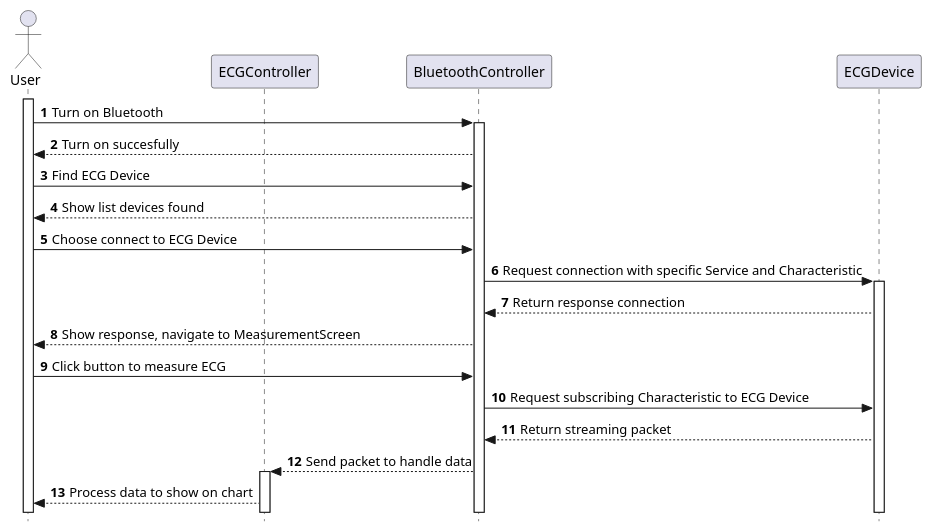
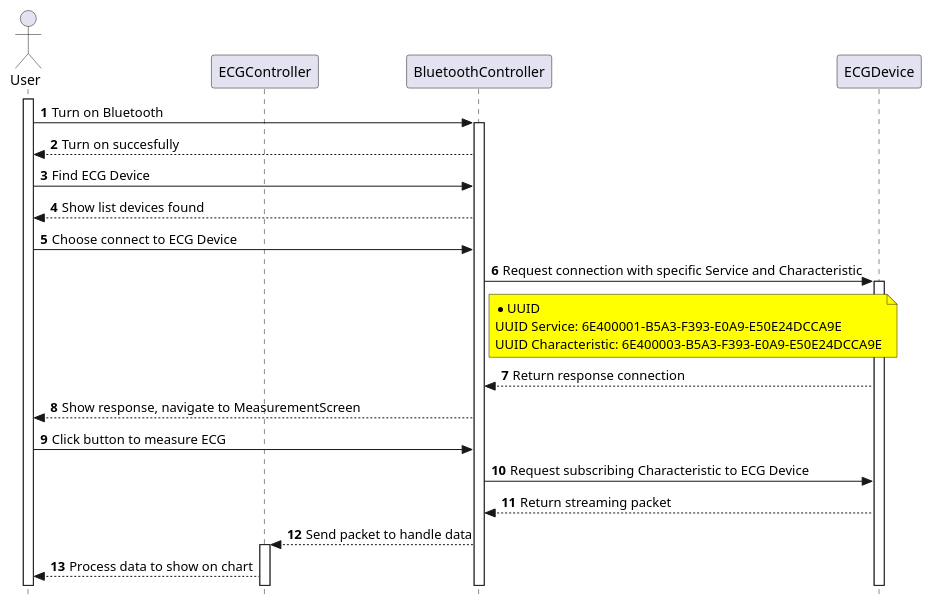
One commit to techcomrade/fmECG changed the diagram in diagram/sequence/mobile_app/design_connect_and_receive_ECG_data.pu. Above: the diagram before and after it, drawn with PlantUML. The commit also changed 14 other files, not shown here.

```diff
--- a/diagram/sequence/mobile_app/design_connect_and_receive_ECG_data.pu
+++ b/diagram/sequence/mobile_app/design_connect_and_receive_ECG_data.pu
@@ -2,43 +2,48 @@
 @startuml
 
 
 skinparam style strictuml
 
 ' skinparam lifelineStrategy solid
 
 ' skinparam ParticipantPadding 20
 
 ' skinparam BoxPadding 10
 
 autonumber
 
 actor User as User
 
 
 
 participant ECGController as ECGController
 participant BluetoothController as BluetoothController
 
 participant ECGDevice as ECGDevice
 
 activate User
 User -> BluetoothController: Turn on Bluetooth
 activate BluetoothController
 BluetoothController --> User: Turn on succesfully
 User -> BluetoothController: Find ECG Device
 BluetoothController --> User: Show list devices found
 User -> BluetoothController: Choose connect to ECG Device
 
 BluetoothController -> ECGDevice: Request connection with specific Service and Characteristic
+note right of BluetoothController #Yellow
+* UUID
+UUID Service: 6E400001-B5A3-F393-E0A9-E50E24DCCA9E
+UUID Characteristic: 6E400003-B5A3-F393-E0A9-E50E24DCCA9E
+end note
 activate ECGDevice
 ECGDevice --> BluetoothController: Return response connection
 BluetoothController --> User: Show response, navigate to MeasurementScreen
 
 User -> BluetoothController: Click button to measure ECG
 BluetoothController -> ECGDevice: Request subscribing Characteristic to ECG Device
 ECGDevice --> BluetoothController: Return streaming packet
 BluetoothController --> ECGController: Send packet to handle data
 activate ECGController
 ECGController --> User: Process data to show on chart
 
 @enduml
```
